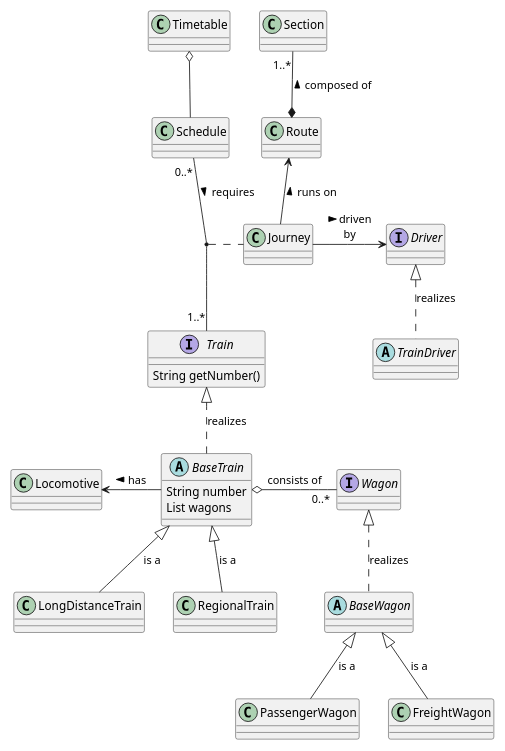
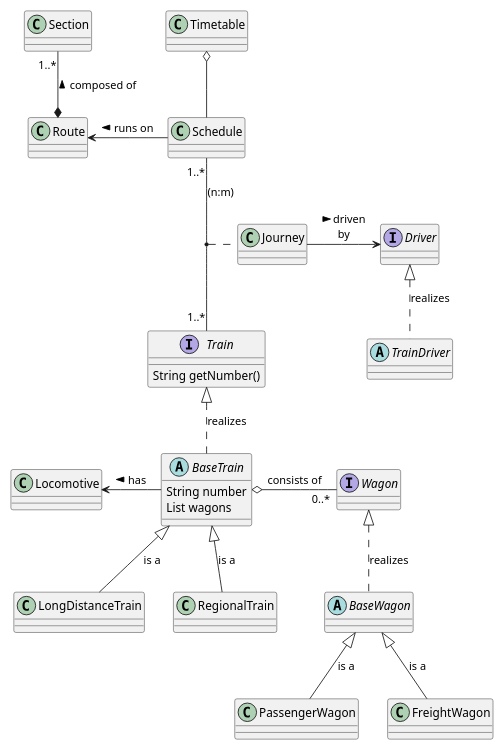
Before and after one commit to ThorstenEckstein/dhbw-advanced-programming: the diagram in docs/asciidoc/diagrams/course-1/business-model.puml, drawn with PlantUML. The commit also changed 11 other files, not shown here.

```diff
--- a/docs/asciidoc/diagrams/course-1/business-model.puml
+++ b/docs/asciidoc/diagrams/course-1/business-model.puml
@@ -1,56 +1,56 @@
 @startuml
 'https://plantuml.com/class-diagram
 
 'skinparam groupInheritance 2
 
 scale 0.8
 
 interface Train {
   String getNumber()
 }
 abstract class BaseTrain {
   String number
   List wagons
 }
 class LongDistanceTrain
 class RegionalTrain
 class Locomotive
 
 class Journey
 interface Driver
 abstract class TrainDriver
 
 interface Wagon
 abstract class BaseWagon
 class PassengerWagon
 class FreightWagon
 
 class Route
 class Section
 class Schedule
 class Timetable
 
 Train            <|..        BaseTrain         : realizes
 BaseTrain        <|--        LongDistanceTrain : is a
 BaseTrain        <|--        RegionalTrain     : is a
 BaseTrain        -l->        Locomotive        : > has
 BaseTrain        o-r- "0..*" Wagon             : consists of
 
 Wagon            <|..        BaseWagon         : realizes
 BaseWagon        <|--        PassengerWagon    : is a
 BaseWagon        <|--        FreightWagon      : is a
 
 Timetable        o-d-        Schedule
-Schedule "0..*"  -- "1..*"   Train        : > requires
+Schedule "1..*"  -- "1..*"   Train             : (n:m)
 (Schedule,Train) ..          Journey
 Journey          -r->        Driver            : > driven\nby
 Driver           <|.d.       TrainDriver       : realizes
 
-Journey          -u->        Route             : runs on >
+Schedule          -l->        Route             : runs on >
 Route            *-u- "1..*" Section           : > composed of
 
 'Route "0..*"  -  "1..*"  Section
 '(Route, Section) ..      Journey
 'Section       o-r-       Track
 
 @enduml
```
